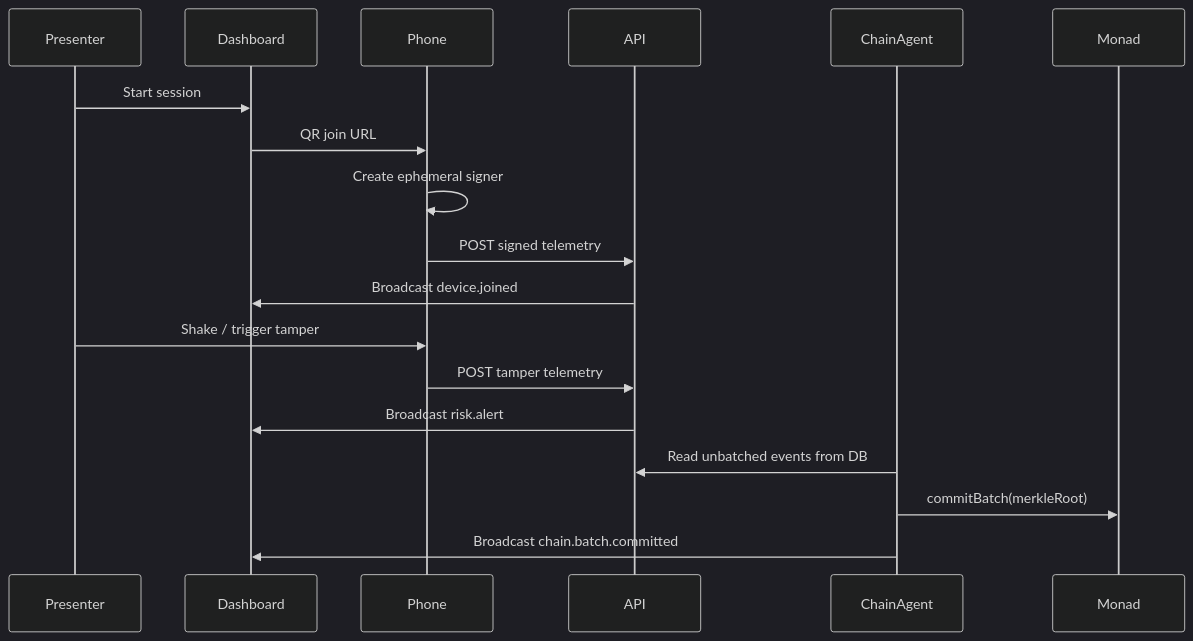
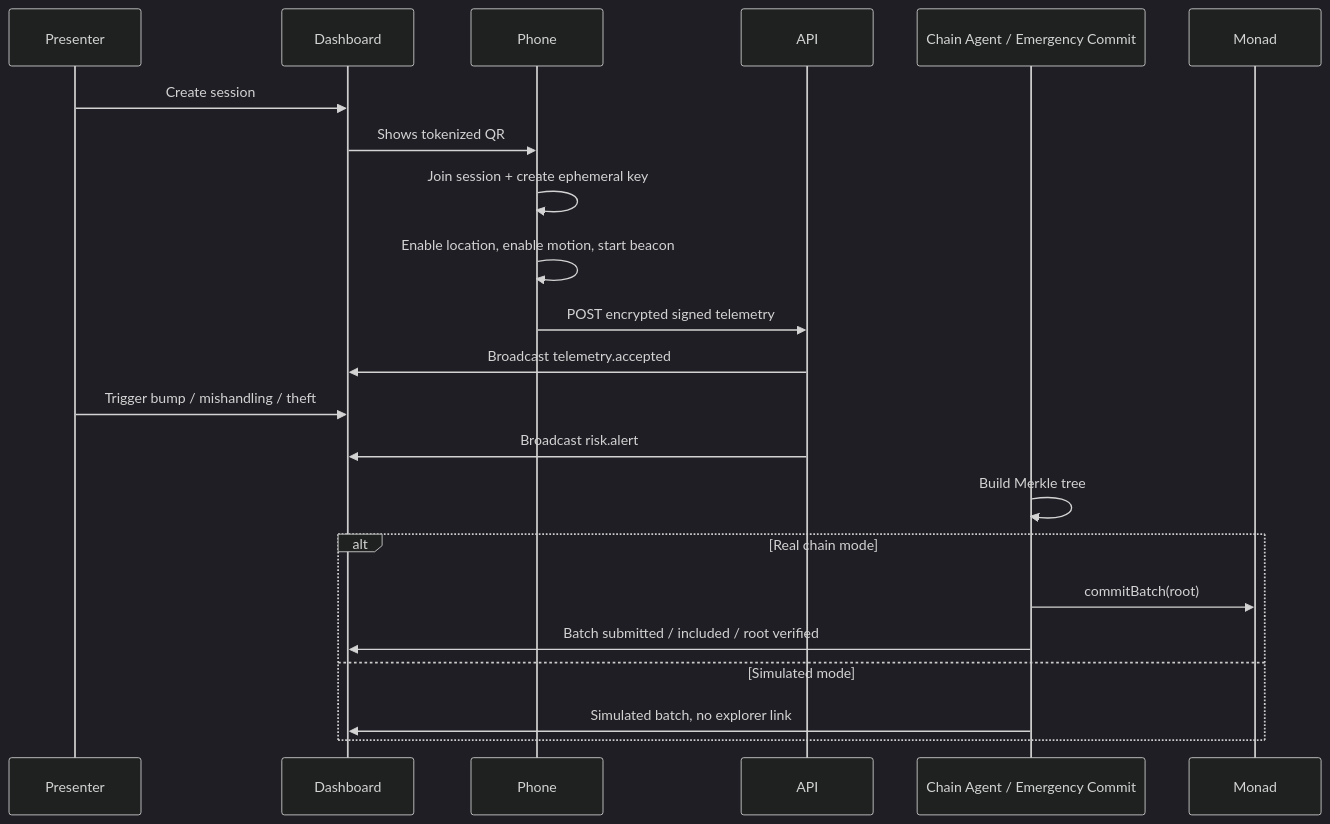
Before and after one commit to roshaninfordham/monad-sentinel: the fourth of 6 diagrams in README.md, drawn with Mermaid (dark theme). The commit also changed other lines of this file and 22 other files, not shown here.

Commit message:
docs: refresh architecture docs and screenshots

````diff
--- a/README.md
+++ b/README.md
@@ -166,21 +171,25 @@
 ```mermaid
 sequenceDiagram
   participant Presenter
   participant Dashboard
   participant Phone
   participant API
-  participant ChainAgent
+  participant Batch as Chain Agent / Emergency Commit
   participant Monad
 
-  Presenter->>Dashboard: Start session
-  Dashboard->>Phone: QR join URL
-  Phone->>Phone: Create ephemeral signer
-  Phone->>API: POST signed telemetry
-  API->>Dashboard: Broadcast device.joined
-  Presenter->>Phone: Shake / trigger tamper
-  Phone->>API: POST tamper telemetry
+  Presenter->>Dashboard: Create session
+  Dashboard->>Phone: Shows tokenized QR
+  Phone->>Phone: Join session + create ephemeral key
+  Phone->>Phone: Enable location, enable motion, start beacon
+  Phone->>API: POST encrypted signed telemetry
+  API->>Dashboard: Broadcast telemetry.accepted
+  Presenter->>Dashboard: Trigger bump / mishandling / theft
   API->>Dashboard: Broadcast risk.alert
-  ChainAgent->>API: Read unbatched events from DB
-  ChainAgent->>Monad: commitBatch(merkleRoot)
-  ChainAgent->>Dashboard: Broadcast chain.batch.committed
+  Batch->>Batch: Build Merkle tree
+  alt Real chain mode
+    Batch->>Monad: commitBatch(root)
+    Batch->>Dashboard: Batch submitted / included / root verified
+  else Simulated mode
+    Batch->>Dashboard: Simulated batch, no explorer link
+  end
 ```
````
